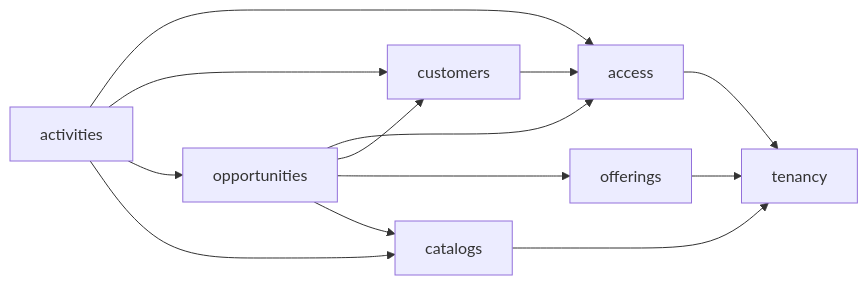
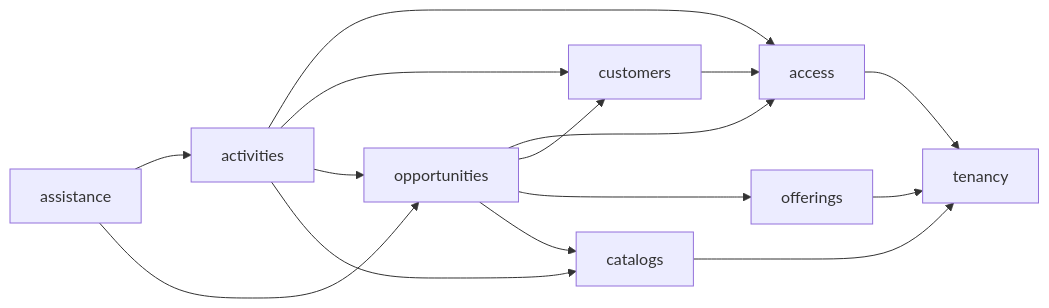
Before and after one commit to TomasFelice/UNLAM-GADS1: the diagram in docs/arquitectura/02-modulos-y-capas.md, drawn with Mermaid. The commit also changed other lines of this file and 68 other files, not shown here.

````diff
--- a/docs/arquitectura/02-modulos-y-capas.md
+++ b/docs/arquitectura/02-modulos-y-capas.md
@@ -19,15 +20,17 @@
 ```mermaid
 flowchart LR
     access --> tenancy
     customers --> access
     offerings --> tenancy
     catalogs --> tenancy
     opportunities --> access
     opportunities --> customers
     opportunities --> offerings
     opportunities --> catalogs
     activities --> access
     activities --> customers
     activities --> opportunities
     activities --> catalogs
+    assistance --> activities
+    assistance --> opportunities
 ```
````
